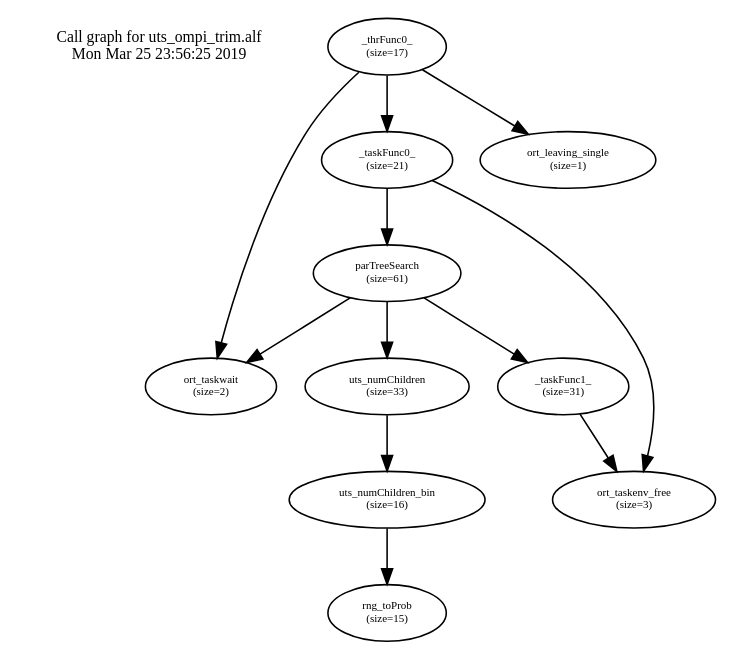
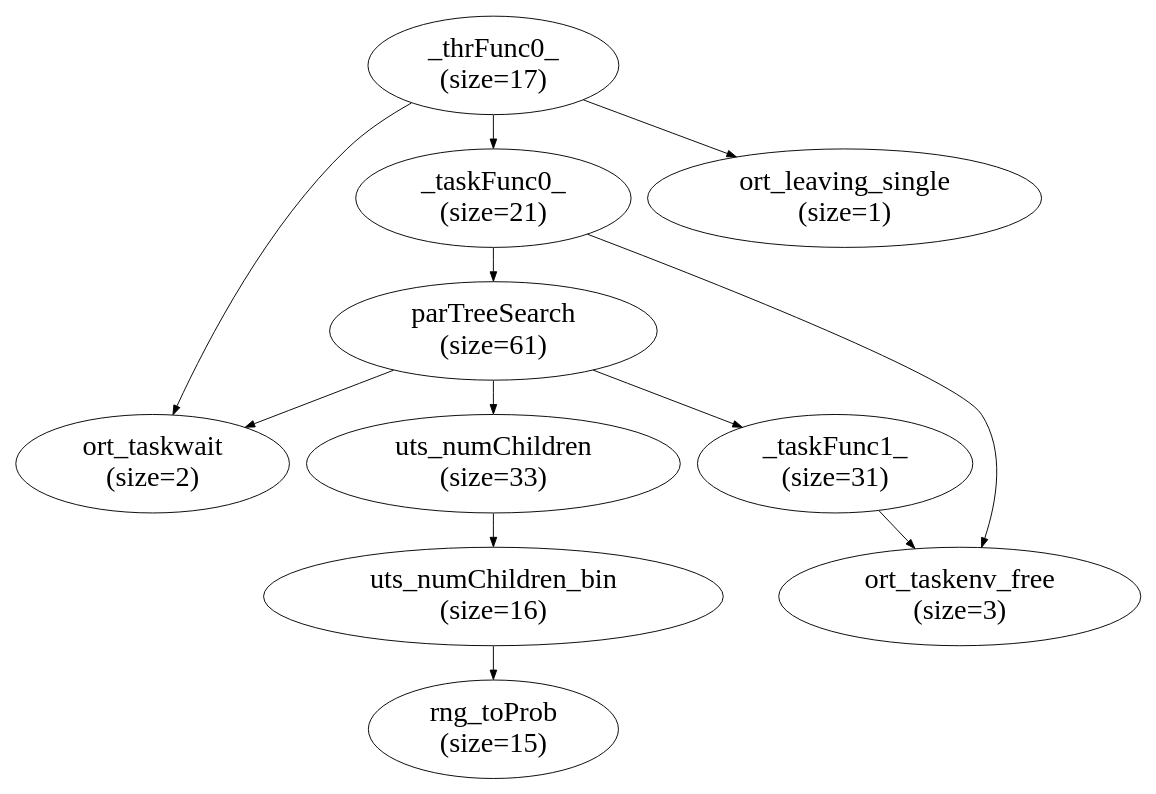
One commit to Kingtous/Bots_Task_Result changed the diagram in uts/callgraph/uts.dot. Above: the diagram before and after it, drawn with Graphviz. The commit also changed 510 other files, not shown here.

```diff
--- a/uts/callgraph/uts.dot
+++ b/uts/callgraph/uts.dot
@@ -1,31 +1,31 @@
 digraph "" {
   size="10,8";
   rankdir=TB;
   center=1;
   rotate=0;
    {
    node [shape=plaintext,fontsize=10];
-   "Call graph for uts_ompi_trim.alf\nMon Mar 25 23:56:25 2019"
+
    }
-   0 [label="_thrFunc0_\n(size=17)",fontsize=7]
-   1 [label="ort_taskwait\n(size=2)",fontsize=7]
-   2 [label="_taskFunc0_\n(size=21)",fontsize=7]
-   3 [label="ort_taskenv_free\n(size=3)",fontsize=7]
-   4 [label="parTreeSearch\n(size=61)",fontsize=7]
-   5 [label="uts_numChildren\n(size=33)",fontsize=7]
-   6 [label="uts_numChildren_bin\n(size=16)",fontsize=7]
-   7 [label="rng_toProb\n(size=15)",fontsize=7]
-   8 [label="_taskFunc1_\n(size=31)",fontsize=7]
-   9 [label="ort_leaving_single\n(size=1)",fontsize=7]
+   0 [label="_thrFunc0_\n(size=17)",fontsize=30]
+   1 [label="ort_taskwait\n(size=2)",fontsize=30]
+   2 [label="_taskFunc0_\n(size=21)",fontsize=30]
+   3 [label="ort_taskenv_free\n(size=3)",fontsize=30]
+   4 [label="parTreeSearch\n(size=61)",fontsize=30]
+   5 [label="uts_numChildren\n(size=33)",fontsize=30]
+   6 [label="uts_numChildren_bin\n(size=16)",fontsize=30]
+   7 [label="rng_toProb\n(size=15)",fontsize=30]
+   8 [label="_taskFunc1_\n(size=31)",fontsize=30]
+   9 [label="ort_leaving_single\n(size=1)",fontsize=30]
    0->1
    0->2
    0->9
    2->3
    2->4
    4->5
    4->8
    4->1
    5->6
    6->7
    8->3
 }
```
